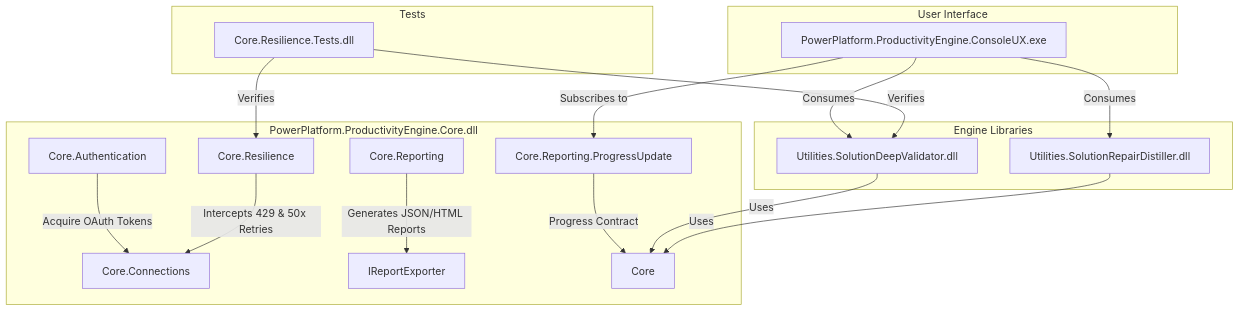
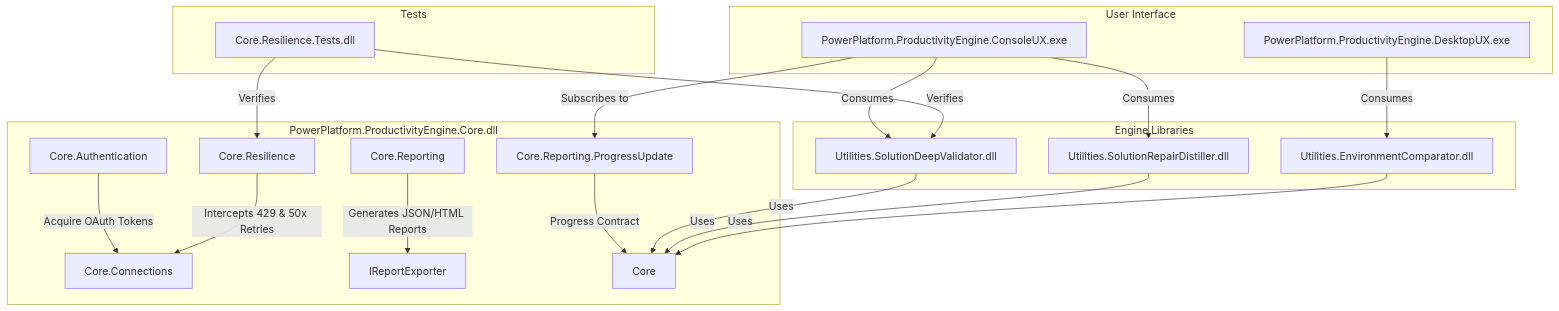
One commit to jaimalleshk/Power-Platform-Productivity-Utilities changed the diagram in README.md. Above: the diagram before and after it, drawn with Mermaid. The commit also changed other lines of this file and 1 other file, not shown here.

Commit message:
docs: Add XRMTOOLBOX_VS_PRODUCTIVITY_ENGINE.md feature comparison matrix emphasizing 2 vs 2+ environment capabilities and update README.md

````diff
--- a/README.md
+++ b/README.md
@@ -27,25 +35,27 @@
 ```mermaid
 graph TD
     subgraph Core Library [PowerPlatform.ProductivityEngine.Core.dll]
         Auth[Core.Authentication] -->|Acquire OAuth Tokens| Conn[Core.Connections]
         Resilience[Core.Resilience] -->|Intercepts 429 & 50x Retries| Conn
         Reporting[Core.Reporting] -->|Generates JSON/HTML Reports| Exporter[IReportExporter]
         ProgressModel[Core.Reporting.ProgressUpdate] -->|Progress Contract| Core
     end
     
     subgraph Engine Libraries
         Val[Utilities.SolutionDeepValidator.dll] -->|Uses| Core
         Repair[Utilities.SolutionRepairDistiller.dll] -->|Uses| Core
+        EnvComp[Utilities.EnvironmentComparator.dll] -->|Uses| Core
     end
 
     subgraph User Interface
         CLI[PowerPlatform.ProductivityEngine.ConsoleUX.exe] -->|Consumes| Val
         CLI -->|Consumes| Repair
         CLI -->|Subscribes to| ProgressModel
+        WPF[PowerPlatform.ProductivityEngine.DesktopUX.exe] -->|Consumes| EnvComp
     end
 
     subgraph Tests
         UnitTest[Core.Resilience.Tests.dll] -->|Verifies| Resilience
         UnitTest -->|Verifies| Val
     end
 ```
````
